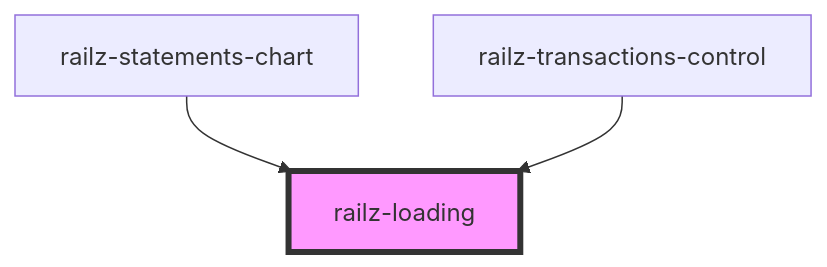
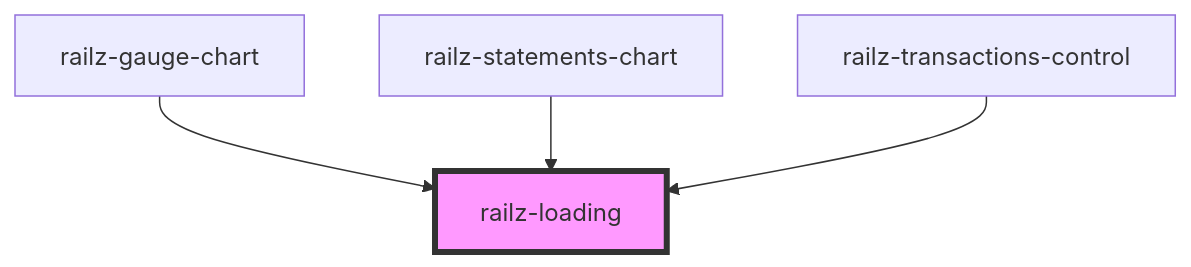
The diagram in packages/components/src/elements/loading/readme.md (railz-ai/railz-visualizations), drawn with Mermaid before and after one commit. The commit also changed other lines of this file and 25 other files, not shown here.

````diff
--- a/packages/components/src/elements/loading/readme.md
+++ b/packages/components/src/elements/loading/readme.md
@@ -24,6 +23,7 @@
 ```mermaid
 graph TD;
+  railz-gauge-chart --> railz-loading
   railz-statements-chart --> railz-loading
   railz-transactions-control --> railz-loading
   style railz-loading fill:#f9f,stroke:#333,stroke-width:4px
 ```
````
